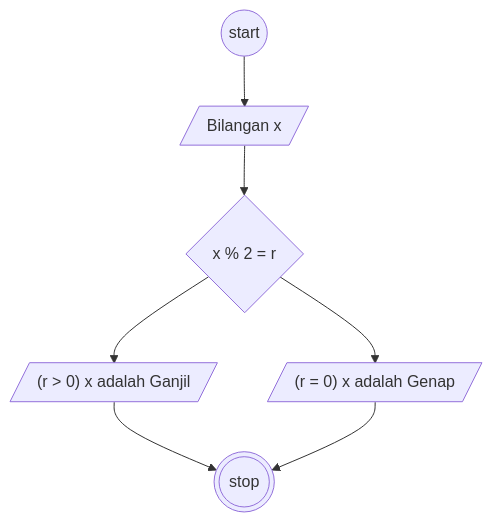
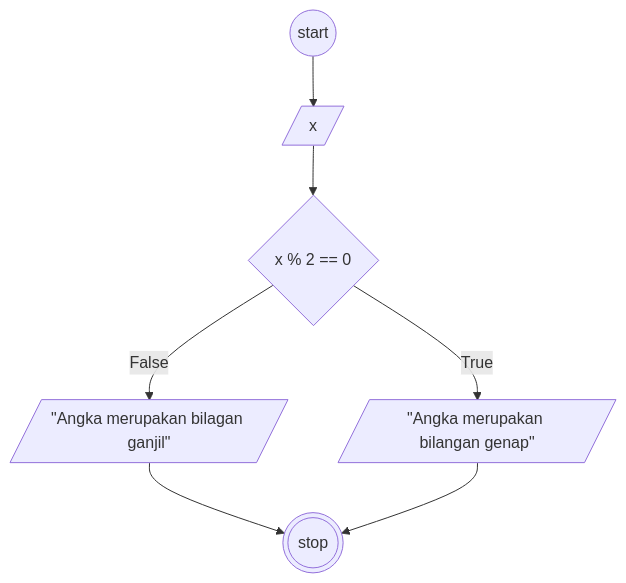
One commit to bildanjhry/Koda-b8-Algoritma changed the diagram in ganjil-genap.md. Above: the diagram before and after it, drawn with Mermaid. The commit also changed other lines of this file, not shown here.

````diff
--- a/ganjil-genap.md
+++ b/ganjil-genap.md
@@ -17,17 +17,17 @@
 ```mermaid
 flowchart TD
 
 start@{shape: circle, label: "start"}
-num@{shape: lean-r, label: "Bilangan x"}
-con@{shape: diam, label: "x % 2 = r"}
-outputGenap@{shape: lean-r, label: "(r = 0)  x adalah Genap"}
-outputGanjil@{shape: lean-r, label: "(r > 0) x adalah Ganjil"}
+num@{shape: lean-r, label: "x"}
+con@{shape: diam, label: "x % 2 == 0"}
+outputGenap@{shape: lean-r, label: '"Angka merupakan bilangan genap"'}
+outputGanjil@{shape: lean-r, label: '"Angka merupakan bilagan ganjil"'}
 finnish@{shape: double-circle, label: "stop"}
 
 start-->num-->con
-con-->outputGanjil
-con-->outputGenap
+con-- False -->outputGanjil
+con-- True -->outputGenap
 outputGanjil-->finnish
 outputGenap-->finnish
 
 ```
````
